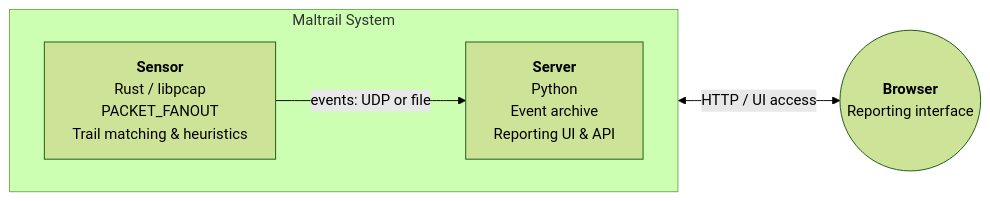
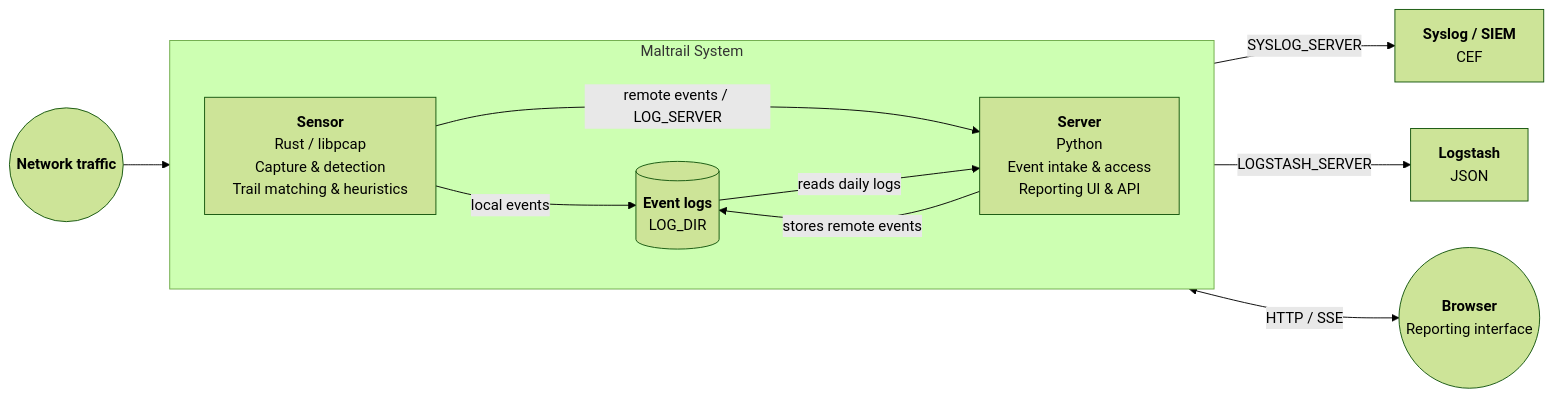
The diagram in README.md (stamparm/maltrail), drawn with Mermaid (forest theme) before and after one commit. The commit also changed other lines of this file, not shown here.

Commit message:
Minor improvement of the Architecture docu

````diff
--- a/README.md
+++ b/README.md
@@ -70,13 +72,24 @@
 ```mermaid
 flowchart LR
+    Traffic(("<b>Network traffic</b>"))
+
     subgraph Maltrail ["Maltrail System"]
         direction LR
-        Sensor["<b>Sensor</b><br/>Rust / libpcap<br/>PACKET_FANOUT<br/>Trail matching & heuristics"]
-        Server["<b>Server</b><br/>Python<br/>Event archive<br/>Reporting UI & API"]
+        Sensor["<b>Sensor</b><br/>Rust / libpcap<br/>Capture & detection<br/>Trail matching & heuristics"]
+        Logs[("<b>Event logs</b><br/>LOG_DIR")]
+        Server["<b>Server</b><br/>Python<br/>Event intake & access<br/>Reporting UI & API"]
     end
 
     Browser(("<b>Browser</b><br/>Reporting interface"))
+    Syslog["<b>Syslog / SIEM</b><br/>CEF"]
+    Logstash["<b>Logstash</b><br/>JSON"]
 
-    Sensor -->|events: UDP or file| Server
-    Server <-->|HTTP / UI access| Browser
+    Traffic --> Sensor
+    Sensor -->|local events| Logs
+    Sensor -->|remote events / LOG_SERVER| Server
+    Server -->|stores remote events| Logs
+    Logs -->|reads daily logs| Server
+    Sensor -->|SYSLOG_SERVER| Syslog
+    Sensor -->|LOGSTASH_SERVER| Logstash
+    Server <-->|HTTP / SSE| Browser
 ```
````
